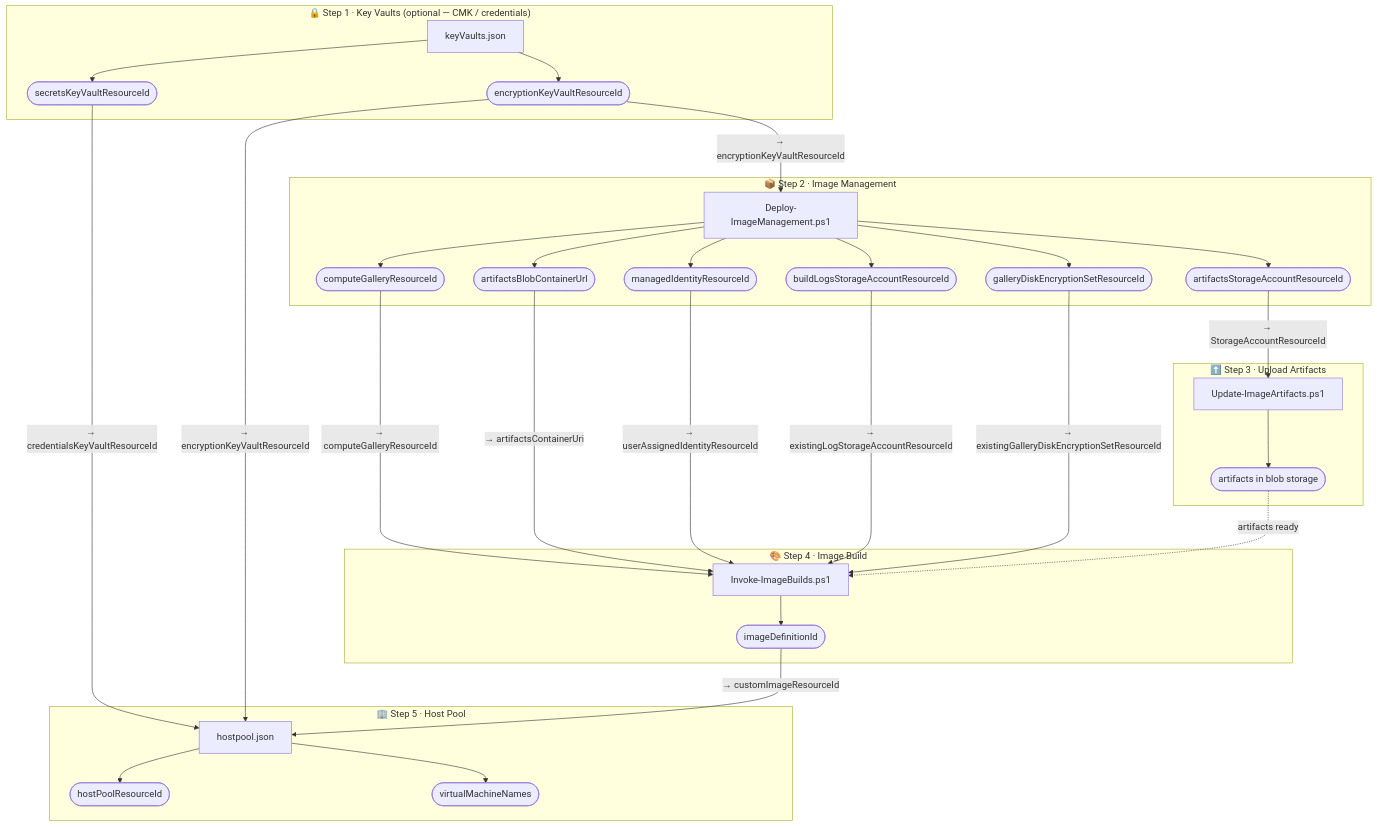
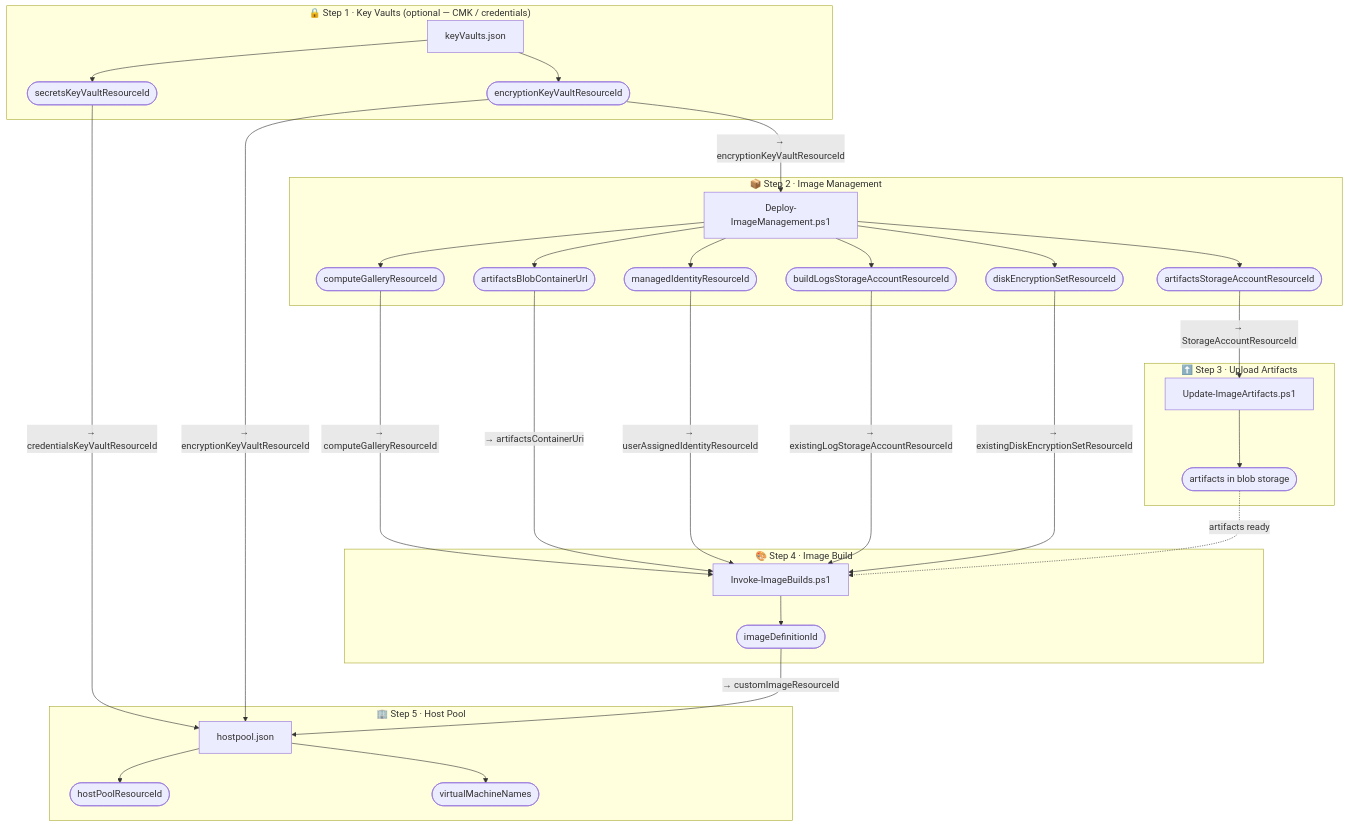
One commit to Azure/FederalAVD changed the diagram in docs/automationGuide.md. Above: the diagram before and after it, drawn with Mermaid. The commit also changed other lines of this file and 15 other files, not shown here.

````diff
--- a/docs/automationGuide.md
+++ b/docs/automationGuide.md
@@ -15,62 +15,62 @@
 ```mermaid
 flowchart TD
     subgraph KV["🔒 Step 1 · Key Vaults  (optional — CMK / credentials)"]
         KV_RUN["keyVaults.json"]
         KV_O1(["secretsKeyVaultResourceId"])
         KV_O2(["encryptionKeyVaultResourceId"])
         KV_RUN --> KV_O1 & KV_O2
     end
 
     subgraph IM["📦 Step 2 · Image Management"]
         IM_RUN["Deploy-ImageManagement.ps1"]
         IM_O1(["computeGalleryResourceId"])
         IM_O2(["artifactsStorageAccountResourceId"])
         IM_O3(["artifactsBlobContainerUrl"])
         IM_O4(["managedIdentityResourceId"])
         IM_O5(["buildLogsStorageAccountResourceId"])
-        IM_O6(["galleryDiskEncryptionSetResourceId"])
+        IM_O6(["diskEncryptionSetResourceId"])
         IM_RUN --> IM_O1 & IM_O2 & IM_O3 & IM_O4 & IM_O5 & IM_O6
     end
 
     subgraph UA["⬆️ Step 3 · Upload Artifacts"]
         UA_RUN["Update-ImageArtifacts.ps1"]
         UA_DONE(["artifacts in blob storage"])
         UA_RUN --> UA_DONE
     end
 
     subgraph IB["🎨 Step 4 · Image Build"]
         IB_RUN["Invoke-ImageBuilds.ps1"]
         IB_O1(["imageDefinitionId"])
         IB_RUN --> IB_O1
     end
 
     subgraph HP["🏢 Step 5 · Host Pool"]
         HP_RUN["hostpool.json"]
         HP_O1(["hostPoolResourceId"])
         HP_O2(["virtualMachineNames"])
         HP_RUN --> HP_O1 & HP_O2
     end
 
     %% Key Vaults → Image Management (CMK)
     KV_O2 -->|"→ encryptionKeyVaultResourceId"| IM_RUN
 
     %% Key Vaults → Host Pool
     KV_O1 -->|"→ credentialsKeyVaultResourceId"| HP_RUN
     KV_O2 -->|"→ encryptionKeyVaultResourceId"| HP_RUN
 
     %% Image Management → Upload Artifacts
     IM_O2 -->|"→ StorageAccountResourceId"| UA_RUN
 
     %% Image Management → Image Build
     IM_O1 -->|"→ computeGalleryResourceId"| IB_RUN
     IM_O3 -->|"→ artifactsContainerUri"| IB_RUN
     IM_O4 -->|"→ userAssignedIdentityResourceId"| IB_RUN
     IM_O5 -->|"→ existingLogStorageAccountResourceId"| IB_RUN
-    IM_O6 -->|"→ existingGalleryDiskEncryptionSetResourceId"| IB_RUN
+    IM_O6 -->|"→ existingDiskEncryptionSetResourceId"| IB_RUN
 
     %% Upload Artifacts → Image Build (data dependency, no parameter)
     UA_DONE -.->|"artifacts ready"| IB_RUN
 
     %% Image Build → Host Pool
     IB_O1 -->|"→ customImageResourceId"| HP_RUN
 ```
````
